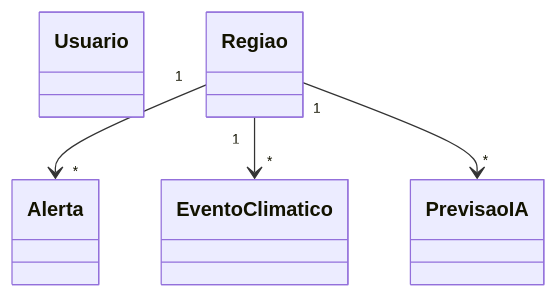
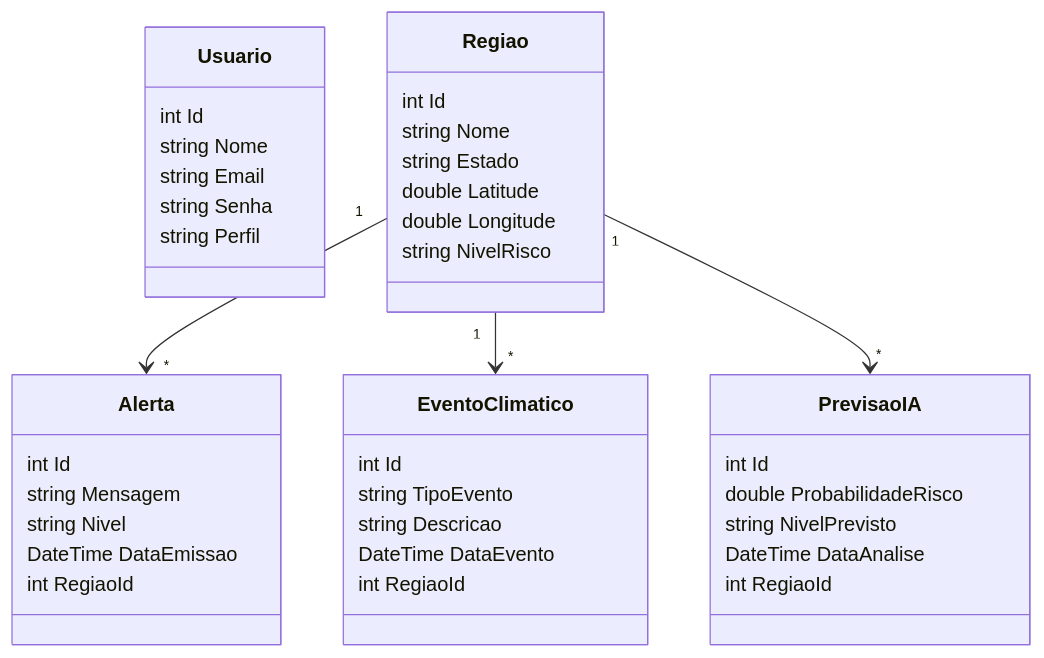
One commit to GabrielNakamura123456/OrbitEye changed the second of 3 diagrams in README.md. Above: the diagram before and after it, drawn with Mermaid. The commit also changed other lines of this file, not shown here.

````diff
--- a/README.md
+++ b/README.md
@@ -372,13 +52,47 @@
 ```mermaid
 classDiagram
+    class Usuario {
+        int Id
+        string Nome
+        string Email
+        string Senha
+        string Perfil
+    }
 
-class Usuario
-class Regiao
-class Alerta
-class EventoClimatico
-class PrevisaoIA
+    class Regiao {
+        int Id
+        string Nome
+        string Estado
+        double Latitude
+        double Longitude
+        string NivelRisco
+    }
 
-Regiao "1" --> "*" Alerta
-Regiao "1" --> "*" EventoClimatico
-Regiao "1" --> "*" PrevisaoIA
+    class Alerta {
+        int Id
+        string Mensagem
+        string Nivel
+        DateTime DataEmissao
+        int RegiaoId
+    }
+
+    class EventoClimatico {
+        int Id
+        string TipoEvento
+        string Descricao
+        DateTime DataEvento
+        int RegiaoId
+    }
+
+    class PrevisaoIA {
+        int Id
+        double ProbabilidadeRisco
+        string NivelPrevisto
+        DateTime DataAnalise
+        int RegiaoId
+    }
+
+    Regiao "1" --> "*" Alerta
+    Regiao "1" --> "*" EventoClimatico
+    Regiao "1" --> "*" PrevisaoIA
 ```
````
